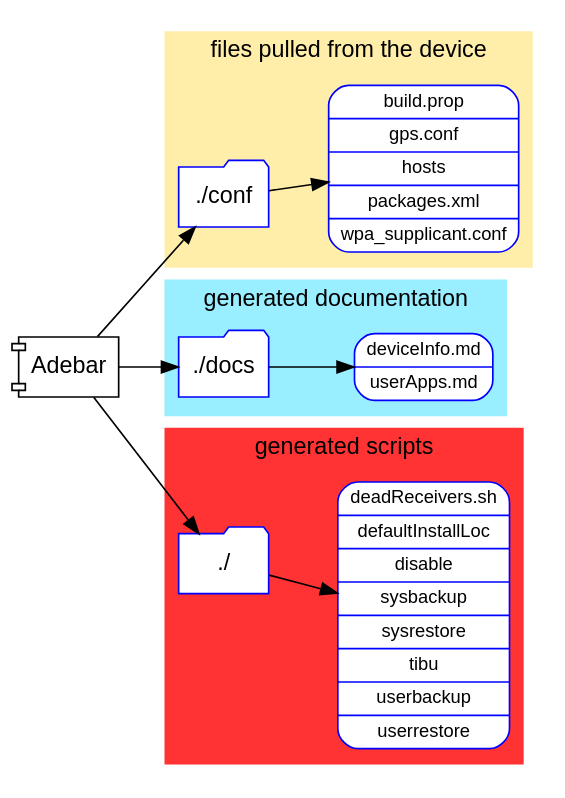
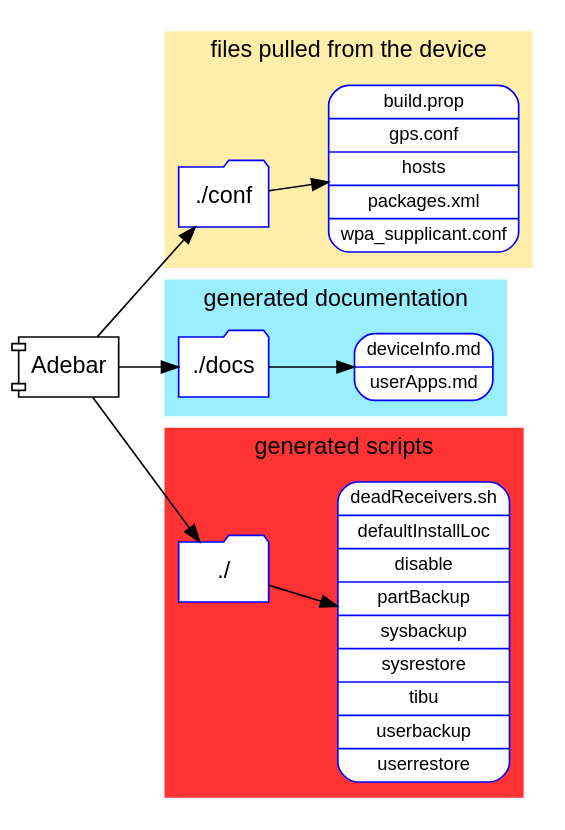
One commit to IzzySoft/Adebar changed the diagram in doc/AdebarFiles.gv. Above: the diagram before and after it, drawn with Graphviz. The commit also changed 3 other files, not shown here.

```diff
--- a/doc/AdebarFiles.gv
+++ b/doc/AdebarFiles.gv
@@ -1,49 +1,49 @@
 digraph AdebarFiles {
 /* Files generated by Adebar. Graphviz data file. */
 
   fontname = Arial;
   node [ fontname = Arial ];
   rankdir = LR;
 
   subgraph cluster_conf {
     rankdir = LR;
     style = filled;
     color = "#ffeeaa";
     node [ style=filled, color=blue, fillcolor=white ];
     label = "files pulled from the device";
 
     conf [ shape = folder, label = "./conf" ];
     conffiles [ shape = Mrecord, fontsize = 11, label = "build.prop|gps.conf|hosts|packages.xml|wpa_supplicant.conf" ];
     conf -> conffiles;
   }
 
   subgraph cluster_doc {
     rankdir = LR;
     style = filled;
     color = "#99eeff";
     node [ style=filled, color=blue, fillcolor=white ];
     label = "generated documentation"
 
     docs [ shape = folder, label = "./docs" ];
     docfiles [ shape = Mrecord, fontsize = 11, label = "deviceInfo.md|userApps.md" ];
     docs -> docfiles;
   }
 
   subgraph cluster_scripts {
     rankdir = LR;
     style = filled;
     color = "#ff3333";
     node [ style=filled, color=blue, fillcolor=white ];
     label = "generated scripts";
 
     scripts [ shape = folder, label = "./" ];
-    scriptfiles [ shape= Mrecord, fontsize = 11, label = "deadReceivers.sh|defaultInstallLoc|disable|sysbackup|sysrestore|tibu|userbackup|userrestore" ];
+    scriptfiles [ shape= Mrecord, fontsize = 11, label = "deadReceivers.sh|defaultInstallLoc|disable|partBackup|sysbackup|sysrestore|tibu|userbackup|userrestore" ];
     scripts -> scriptfiles;
   }
 
   Adebar [ shape = component ];
   Adebar -> conf;
   Adebar -> docs;
   Adebar -> scripts;
 
 }
```
